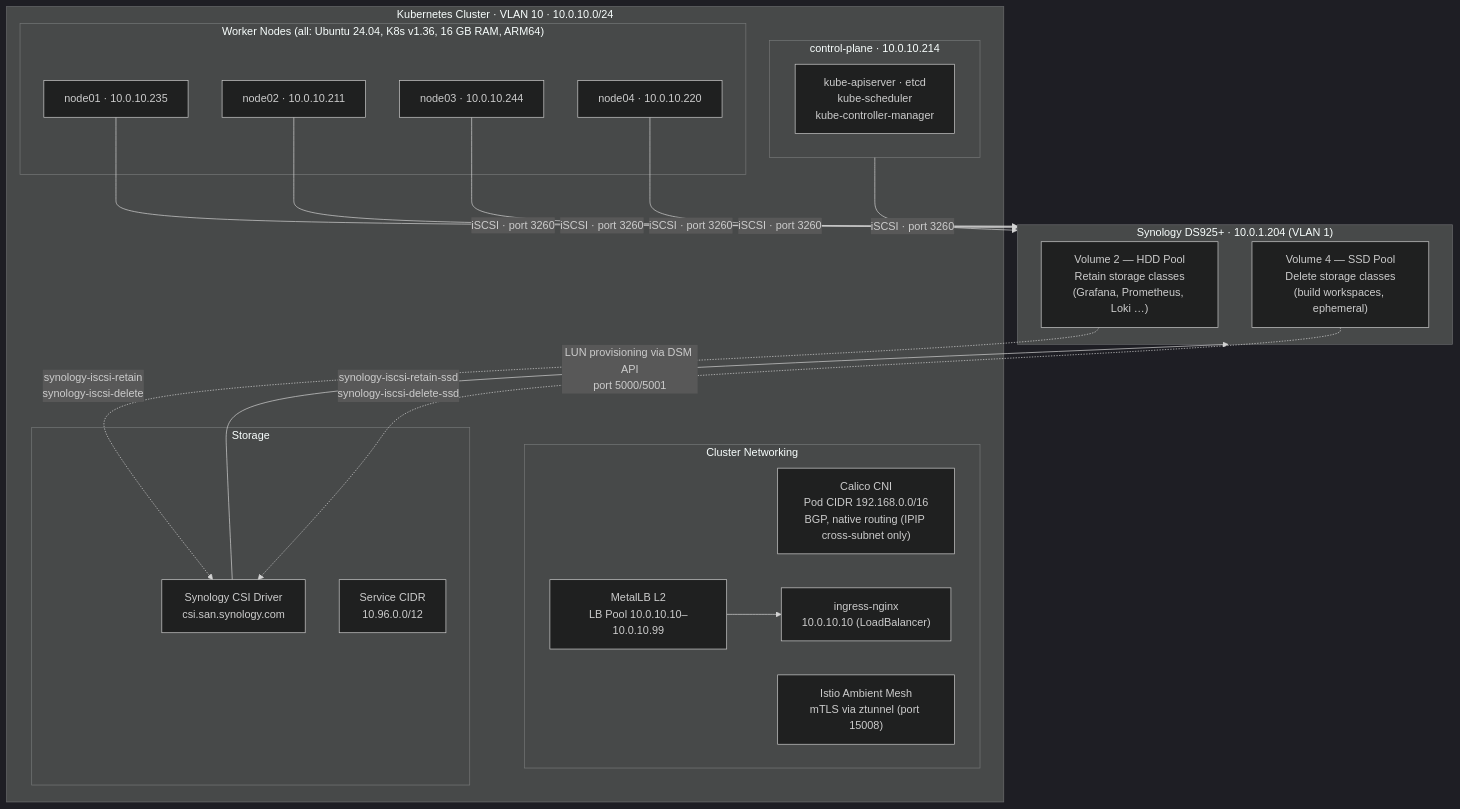
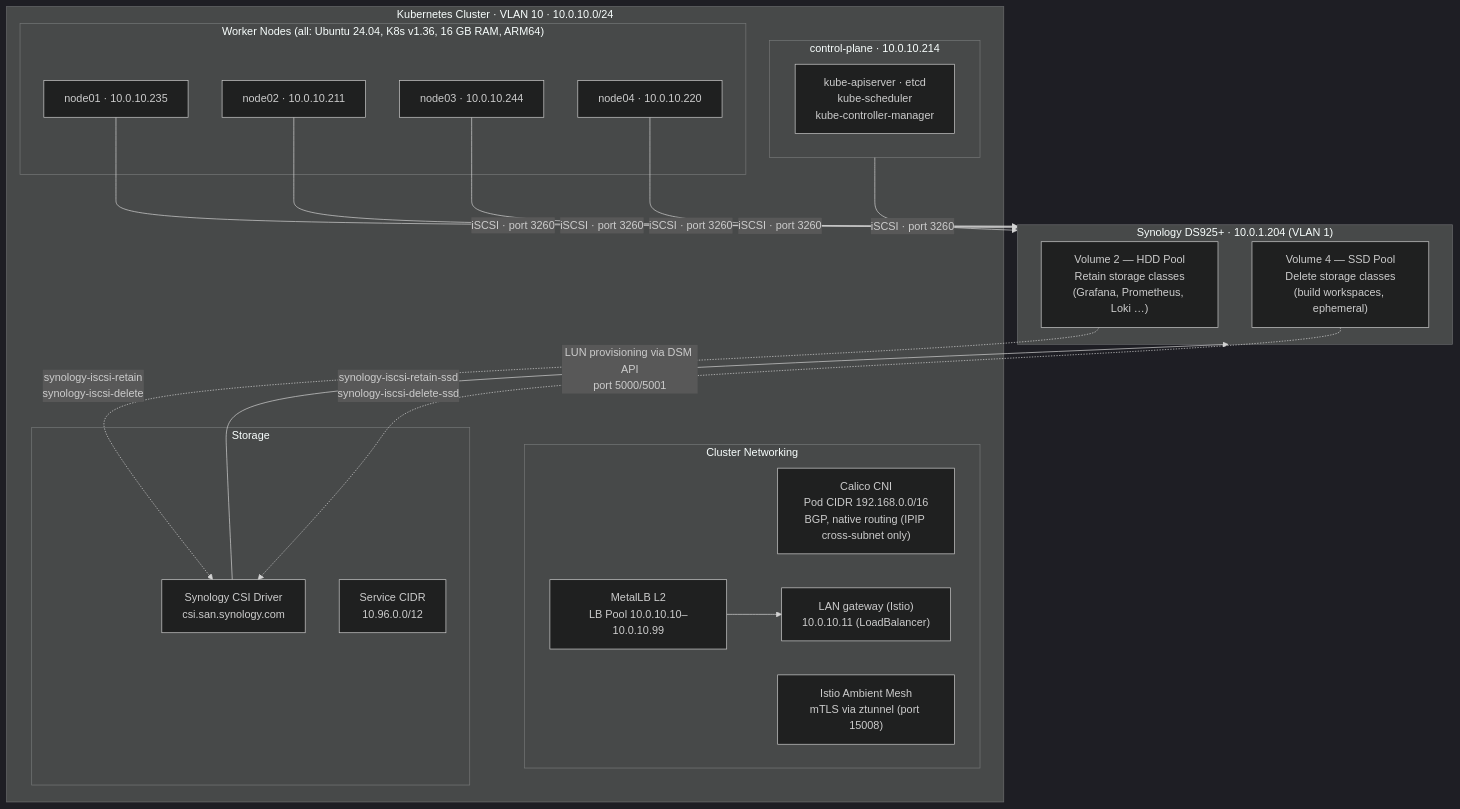
One commit to imcbeth/k8s-docs-n37 changed the second of 2 diagrams in docs/networking/overview.md. Above: the diagram before and after it, drawn with Mermaid (dark theme). The commit also changed other lines of this file and 29 other files, not shown here.

First line of the commit message:
docs: LAN gateway (Istio) replaces ingress-nginx across the site (#136)

````diff
--- a/docs/networking/overview.md
+++ b/docs/networking/overview.md
@@ -127,38 +127,38 @@
 ```mermaid
 graph TB
     subgraph NAS ["Synology DS925+  ·  10.0.1.204  (VLAN 1)"]
         Vol2["Volume 2 — HDD Pool\nRetain storage classes\n(Grafana, Prometheus, Loki …)"]
         Vol4["Volume 4 — SSD Pool\nDelete storage classes\n(build workspaces, ephemeral)"]
     end
 
     subgraph K8s ["Kubernetes Cluster  ·  VLAN 10  ·  10.0.10.0/24"]
         subgraph CP ["control-plane  ·  10.0.10.214"]
             APIServer["kube-apiserver · etcd\nkube-scheduler\nkube-controller-manager"]
         end
 
         subgraph Workers ["Worker Nodes (all: Ubuntu 24.04, K8s v1.36, 16 GB RAM, ARM64)"]
             N1["node01  ·  10.0.10.235"]
             N2["node02  ·  10.0.10.211"]
             N3["node03  ·  10.0.10.244"]
             N4["node04  ·  10.0.10.220"]
         end
 
         subgraph Networking ["Cluster Networking"]
             Calico["Calico CNI\nPod CIDR 192.168.0.0/16\nBGP, native routing (IPIP cross-subnet only)"]
             Istio["Istio Ambient Mesh\nmTLS via ztunnel (port 15008)"]
             MLB["MetalLB L2\nLB Pool 10.0.10.10–10.0.10.99"]
-            Ingress["ingress-nginx\n10.0.10.10 (LoadBalancer)"]
+            Ingress["LAN gateway (Istio)\n10.0.10.11 (LoadBalancer)"]
         end
 
         subgraph Storage ["Storage"]
             CSI["Synology CSI Driver\ncsi.san.synology.com"]
             SvcCIDR["Service CIDR\n10.96.0.0/12"]
         end
     end
 
     CP & N1 & N2 & N3 & N4 -->|"iSCSI  ·  port 3260"| NAS
     CSI -->|"LUN provisioning via DSM API\nport 5000/5001"| NAS
     Vol2 -.->|"synology-iscsi-retain\nsynology-iscsi-delete"| CSI
     Vol4 -.->|"synology-iscsi-retain-ssd\nsynology-iscsi-delete-ssd"| CSI
     MLB --> Ingress
 ```
````
